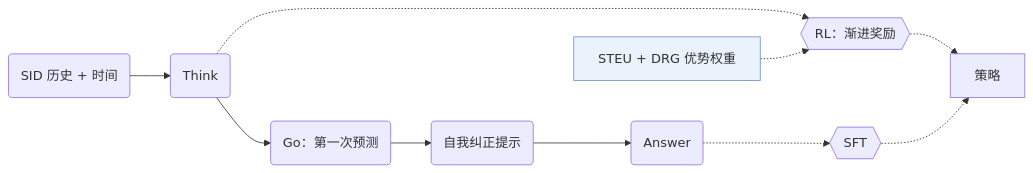
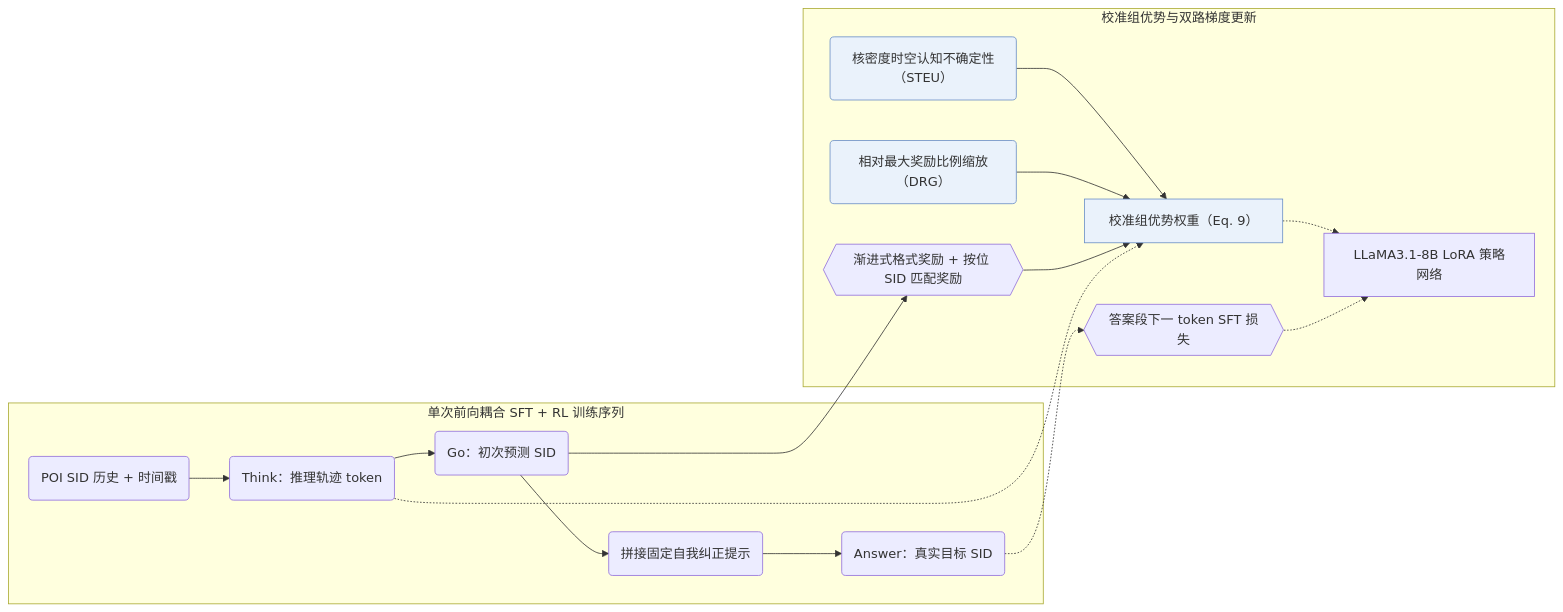
Before and after one commit to Galaxy-ghost/Awesome-SID-Generative-Rec: the diagram in notes/zh/think2go.md, drawn with Mermaid. The commit also changed other lines of this file and 649 other files, not shown here.

Commit message:
writer-05: also tags and modality index (schema, check, build, visuals); summary field removed; calibration data for 12 papers

````diff
--- a/notes/zh/think2go.md
+++ b/notes/zh/think2go.md
@@ -7,13 +12,18 @@
 ```mermaid
 flowchart LR
-    A("SID 历史 + 时间") --> B("Think")
-    B --> C("Go：第一次预测")
-    C --> D("自我纠正提示")
-    D --> E("Answer")
-    B -.-> L1{{"RL：渐进奖励"}}
-    E -.-> L2{{"SFT"}}
-    L1 -.-> P["策略"]
-    L2 -.-> P
-    W["STEU + DRG 优势权重"]:::key -.-> L1
+    subgraph Traj["单次前向耦合 SFT + RL 训练序列"]
+        A("POI SID 历史 + 时间戳") --> T("Think：推理轨迹 token")
+        T --> G("Go：初次预测 SID")
+        G --> SC("拼接固定自我纠正提示")
+        SC --> Ans("Answer：真实目标 SID")
+    end
+    subgraph Opt["校准组优势与双路梯度更新"]
+        K("核密度时空认知不确定性（STEU）"):::key --> W["校准组优势权重（Eq. 9）"]:::key
+        D("相对最大奖励比例缩放（DRG）"):::key --> W
+        G --> R{{"渐进式格式奖励 + 按位 SID 匹配奖励"}} --> W
+        T -.-> W
+        W -.-> P["LLaMA3.1-8B LoRA 策略网络"]
+        Ans -.-> S{{"答案段下一 token SFT 损失"}} -.-> P
+    end
     classDef key fill:#eaf2fb,stroke:#6b8fc7
 ```
````
